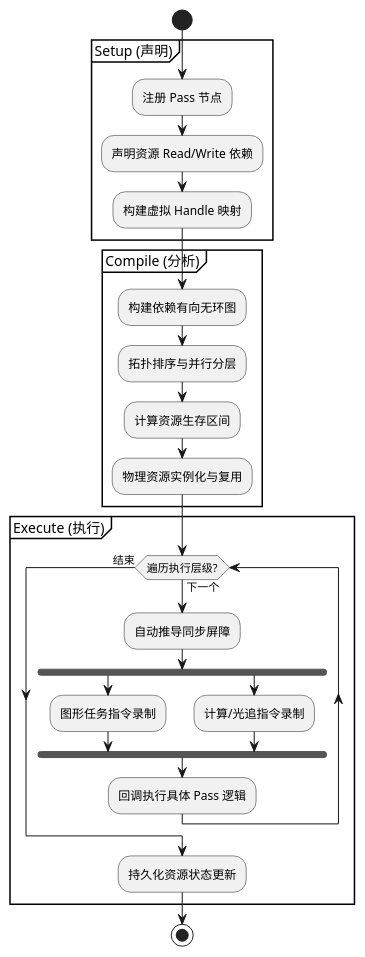
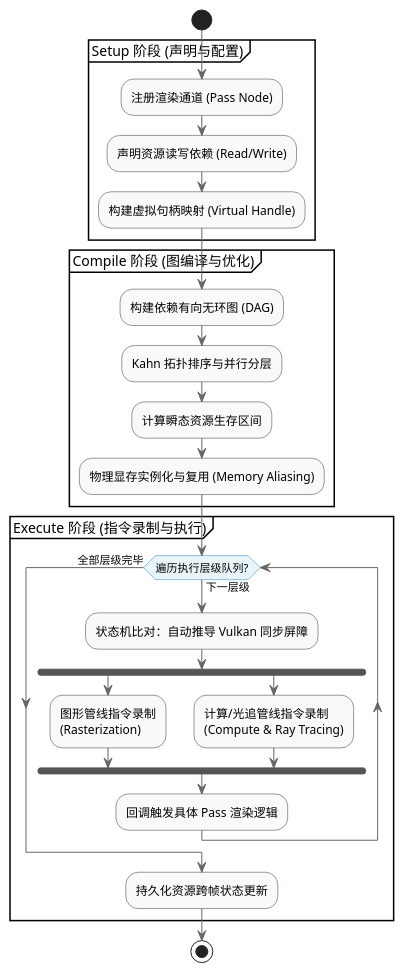
Diagram 11 of 37 in RenderGraph_Architecture_Diagrams.md (CadenXc/HybridRenderer), drawn with PlantUML before and after one commit. The commit also changed other lines of this file and 10 other files, not shown here.

````diff
--- a/RenderGraph_Architecture_Diagrams.md
+++ b/RenderGraph_Architecture_Diagrams.md
@@ -464,36 +464,39 @@
 ```plantuml
 @startuml
-skinparam backgroundColor white
-skinparam shadowing false
+skinparam ActivityBackgroundColor #F8F9FA
+skinparam ActivityBorderColor #333333
+skinparam ActivityDiamondBackgroundColor #E8F4F8
+skinparam ActivityDiamondBorderColor #2980B9
+skinparam ArrowColor #666666
 
 start
 
-partition "Setup (声明)" {
-    :注册 Pass 节点;
-    :声明资源 Read/Write 依赖;
-    :构建虚拟 Handle 映射;
+partition "Setup 阶段 (声明与配置)" {
+    :注册渲染通道 (Pass Node);
+    :声明资源读写依赖 (Read/Write);
+    :构建虚拟句柄映射 (Virtual Handle);
 }
 
-partition "Compile (分析)" {
-    :构建依赖有向无环图;
-    :拓扑排序与并行分层;
-    :计算资源生存区间;
-    :物理资源实例化与复用;
+partition "Compile 阶段 (图编译与优化)" {
+    :构建依赖有向无环图 (DAG);
+    :Kahn 拓扑排序与并行分层;
+    :计算瞬态资源生存区间;
+    :物理显存实例化与复用 (Memory Aliasing);
 }
 
-partition "Execute (执行)" {
-    while (遍历执行层级?) is (下一个)
-        :自动推导同步屏障;
+partition "Execute 阶段 (指令录制与执行)" {
+    while (遍历执行层级队列?) is (下一层级)
+        :状态机比对：自动推导 Vulkan 同步屏障;
         fork
-            :图形任务指令录制;
+            :图形管线指令录制\n(Rasterization);
         fork again
-            :计算/光追指令录制;
+            :计算/光追管线指令录制\n(Compute & Ray Tracing);
         end fork
-        :回调执行具体 Pass 逻辑;
-    endwhile (结束)
-    :持久化资源状态更新;
+        :回调触发具体 Pass 渲染逻辑;
+    endwhile (全部层级完毕)
+    :持久化资源跨帧状态更新;
 }
 
 stop
 @enduml
 ```
````
